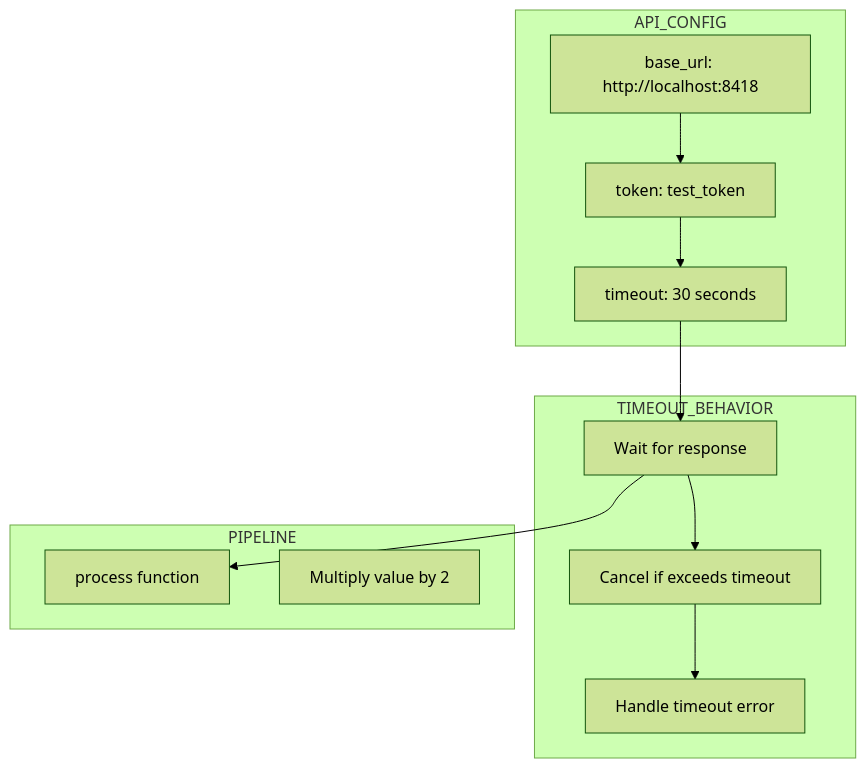
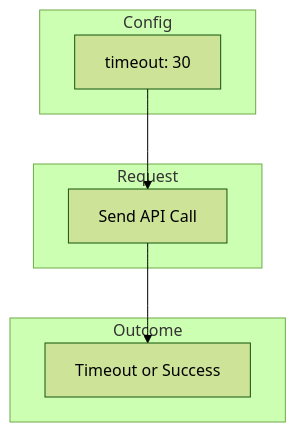
Before and after one commit to wisrovi/wpipe: the third of 5 diagrams in examples/api_pipeline/06_api_with_timeout/README.md, drawn with Mermaid (forest theme). The commit also changed other lines of this file and 20 other files, not shown here.

First line of the commit message:
Simplify Mermaid diagrams for better rendering

````diff
--- a/examples/api_pipeline/06_api_with_timeout/README.md
+++ b/examples/api_pipeline/06_api_with_timeout/README.md
@@ -40,23 +35,17 @@
 ```mermaid
 graph TB
-    subgraph API_CONFIG
-        A1[base_url: http://localhost:8418]
-        A2[token: test_token]
-        A3[timeout: 30 seconds]
+    subgraph Config
+        A[timeout: 30]
     end
     
-    subgraph TIMEOUT_BEHAVIOR
-        T1[Wait for response]
-        T2[Cancel if exceeds timeout]
-        T3[Handle timeout error]
+    subgraph Request
+        B[Send API Call]
     end
     
-    subgraph PIPELINE
-        P1[process function]
-        P2[Multiply value by 2]
+    subgraph Outcome
+        C[Timeout or Success]
     end
     
-    A1 --> A2 --> A3
-    A3 --> T1 --> T2 --> T3
-    T1 --> P1
+    A --> B
+    B --> C
 ```
````
